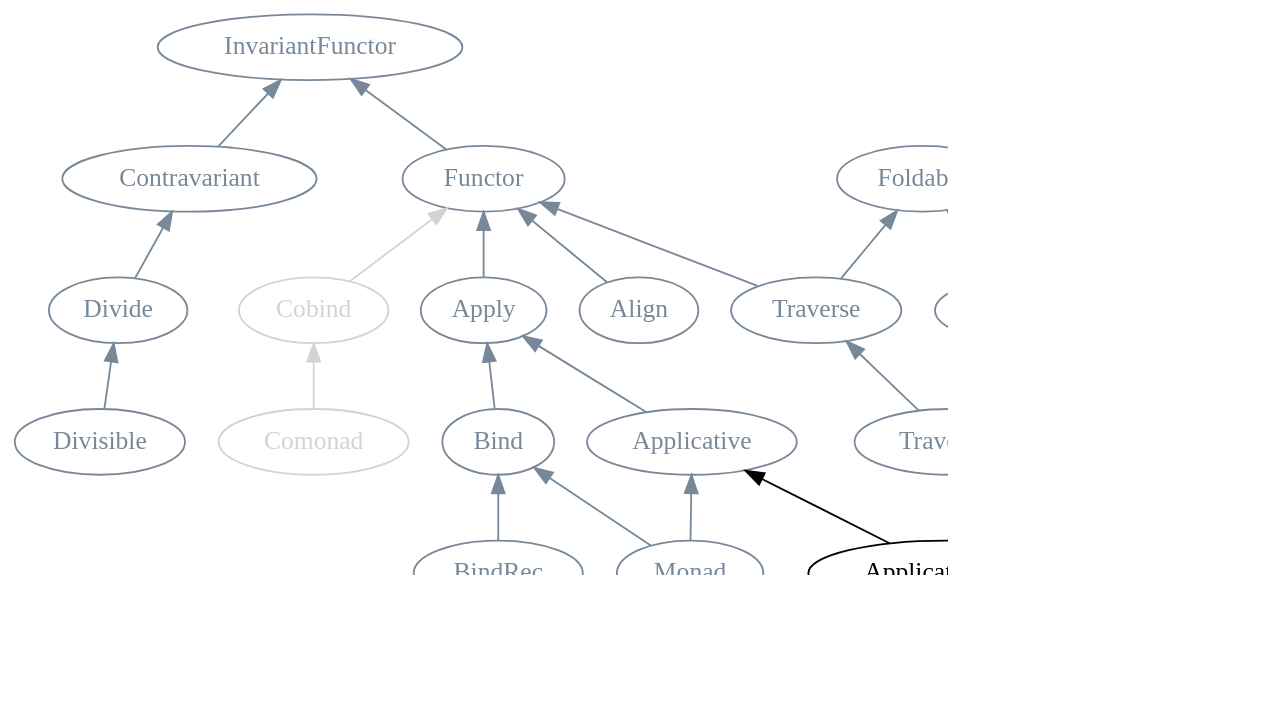
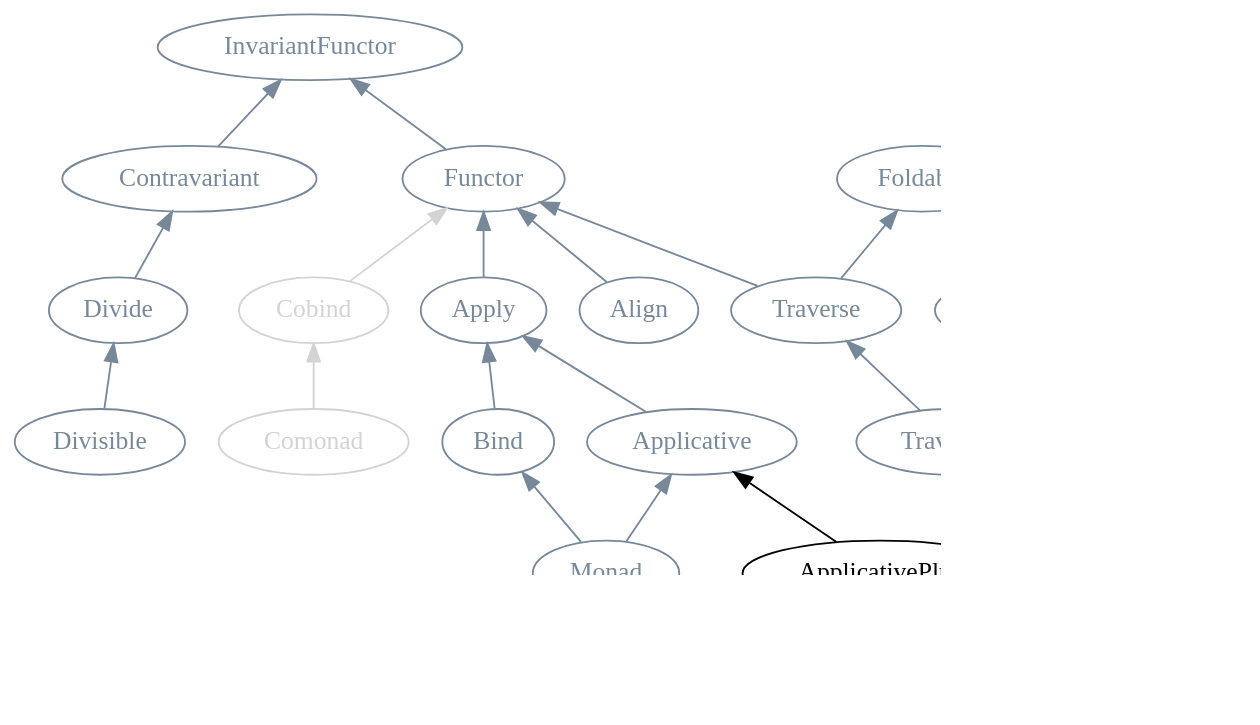
Before and after one commit to fommil/fpmortals: diagram 12 of 31 in manuscript/book.org, drawn with Graphviz. The commit also changed other lines of this file, not shown here.

Commit message:
remove earlier references to BindRec

```diff
--- a/manuscript/book.org
+++ b/manuscript/book.org
@@ -5211,68 +5168,66 @@
 #+BEGIN_SRC dot :file images/scalaz-plus.png :exports results
 digraph G {
     graph [dpi=100, rankdir=BT];
     node [fontname=Hack];
     node [fontcolor=lightgray,color=lightgray];
     edge [color=lightgray]
 
     Cobind;
     Comonad;
     Bind [fontcolor=lightslategray,color=lightslategray];
     Apply [fontcolor=lightslategray,color=lightslategray];
-    BindRec [fontcolor=lightslategray,color=lightslategray];
     Contravariant [fontcolor=lightslategray,color=lightslategray];
     Functor [fontcolor=lightslategray,color=lightslategray];
     InvariantFunctor [fontcolor=lightslategray,color=lightslategray];
     Functor;
     Divide [fontcolor=lightslategray,color=lightslategray];
     Divisible [fontcolor=lightslategray,color=lightslategray];
     Apply;
     Align [fontcolor=lightslategray,color=lightslategray];
     Applicative [fontcolor=lightslategray,color=lightslategray];
     Foldable1 [fontcolor=lightslategray,color=lightslategray];
     Foldable [fontcolor=lightslategray,color=lightslategray];
     Traverse [fontcolor=lightslategray,color=lightslategray];
     Traverse1 [fontcolor=lightslategray,color=lightslategray];
     Monad [fontcolor=lightslategray,color=lightslategray];
     "Advanced Monads" [style=dashed];
     Plus [fontcolor=black,color=black];
     PlusEmpty [fontcolor=black,color=black];
     IsEmpty [fontcolor=black,color=black];
     ApplicativePlus [fontcolor=black,color=black];
     MonadPlus [fontcolor=black,color=black];
 
     Bind -> Apply [color=lightslategray];
-    BindRec -> Bind [color=lightslategray];
 
     Contravariant -> InvariantFunctor [color=lightslategray];
     Functor -> InvariantFunctor [color=lightslategray];
 
     Divide -> Contravariant [color=lightslategray];
     Divisible -> Divide [color=lightslategray];
     Apply -> Functor [color=lightslategray];
     Applicative -> Apply [color=lightslategray];
 
     Foldable1 -> Foldable [color=lightslategray];
     Traverse -> Functor [color=lightslategray];
     Traverse -> Foldable [color=lightslategray];
     Traverse1 -> Traverse [color=lightslategray];
     Traverse1 -> Foldable1 [color=lightslategray];
 
     Monad -> Applicative [color=lightslategray];
     "Advanced Monads" -> Monad;
     Monad -> Bind [color=lightslategray];
 
     Cobind -> Functor;
     Comonad -> Cobind;
 
     PlusEmpty -> Plus [color=black];
     IsEmpty -> PlusEmpty [color=black];
 
     ApplicativePlus -> Applicative [color=black];
     ApplicativePlus -> PlusEmpty [color=black];
     MonadPlus -> ApplicativePlus [color=black];
     MonadPlus -> Monad [color=black];
 
     Align -> Functor [color=lightslategray];
 }
 #+END_SRC
```
